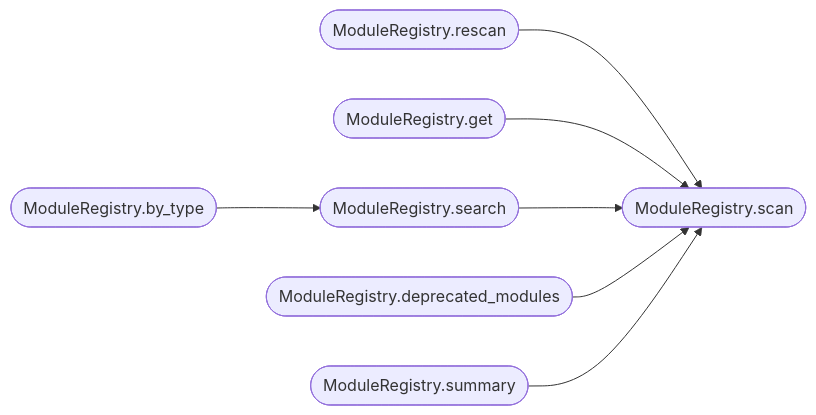
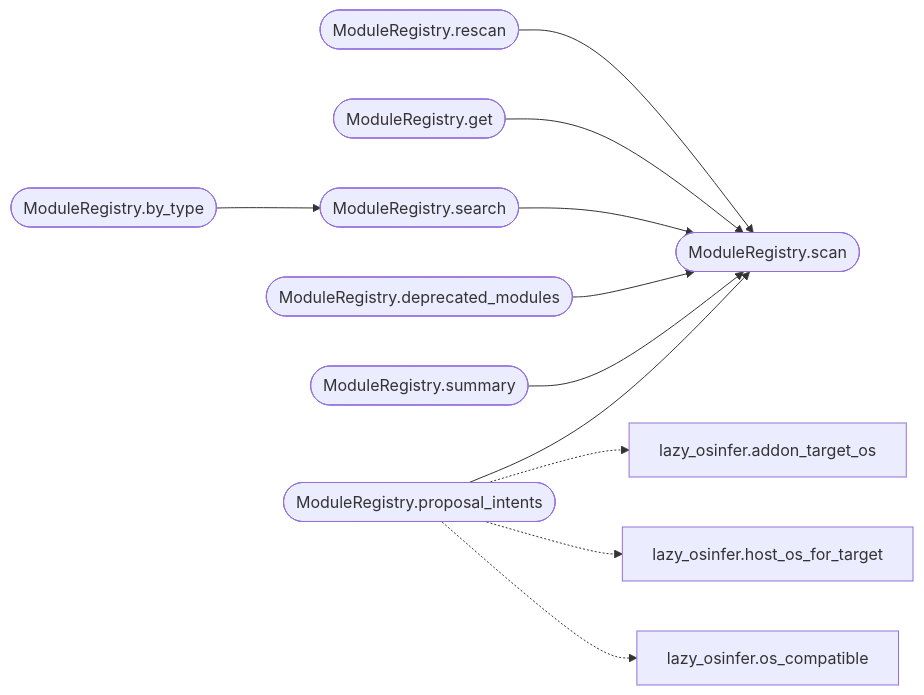
The second of 2 diagrams in readmenator-apidocs/modules/modules.module_registry.py.md (grisuno/LazyOwn), drawn with Mermaid before and after one commit. The commit also changed other lines of this file and 415 other files, not shown here.

````diff
--- a/readmenator-apidocs/modules/modules.module_registry.py.md
+++ b/readmenator-apidocs/modules/modules.module_registry.py.md
@@ -42,16 +43,24 @@
 ```mermaid
 flowchart LR
     n_modules_module_registry_py__ModuleRegistry_rescan(["ModuleRegistry.rescan"])
     n_modules_module_registry_py__ModuleRegistry_scan(["ModuleRegistry.scan"])
     n_modules_module_registry_py__ModuleRegistry_get(["ModuleRegistry.get"])
     n_modules_module_registry_py__ModuleRegistry_search(["ModuleRegistry.search"])
     n_modules_module_registry_py__ModuleRegistry_deprecated_modules(["ModuleRegistry.deprecated_modules"])
     n_modules_module_registry_py__ModuleRegistry_by_type(["ModuleRegistry.by_type"])
     n_modules_module_registry_py__ModuleRegistry_summary(["ModuleRegistry.summary"])
+    n_modules_module_registry_py__ModuleRegistry_proposal_intents(["ModuleRegistry.proposal_intents"])
+    n_modules_lazy_osinfer_py__addon_target_os["lazy_osinfer.addon_target_os"]
+    n_modules_lazy_osinfer_py__host_os_for_target["lazy_osinfer.host_os_for_target"]
+    n_modules_lazy_osinfer_py__os_compatible["lazy_osinfer.os_compatible"]
     n_modules_module_registry_py__ModuleRegistry_rescan --> n_modules_module_registry_py__ModuleRegistry_scan
     n_modules_module_registry_py__ModuleRegistry_get --> n_modules_module_registry_py__ModuleRegistry_scan
     n_modules_module_registry_py__ModuleRegistry_search --> n_modules_module_registry_py__ModuleRegistry_scan
     n_modules_module_registry_py__ModuleRegistry_deprecated_modules --> n_modules_module_registry_py__ModuleRegistry_scan
     n_modules_module_registry_py__ModuleRegistry_by_type --> n_modules_module_registry_py__ModuleRegistry_search
     n_modules_module_registry_py__ModuleRegistry_summary --> n_modules_module_registry_py__ModuleRegistry_scan
+    n_modules_module_registry_py__ModuleRegistry_proposal_intents --> n_modules_module_registry_py__ModuleRegistry_scan
+    n_modules_module_registry_py__ModuleRegistry_proposal_intents -.-> n_modules_lazy_osinfer_py__addon_target_os
+    n_modules_module_registry_py__ModuleRegistry_proposal_intents -.-> n_modules_lazy_osinfer_py__host_os_for_target
+    n_modules_module_registry_py__ModuleRegistry_proposal_intents -.-> n_modules_lazy_osinfer_py__os_compatible
 ```
````
